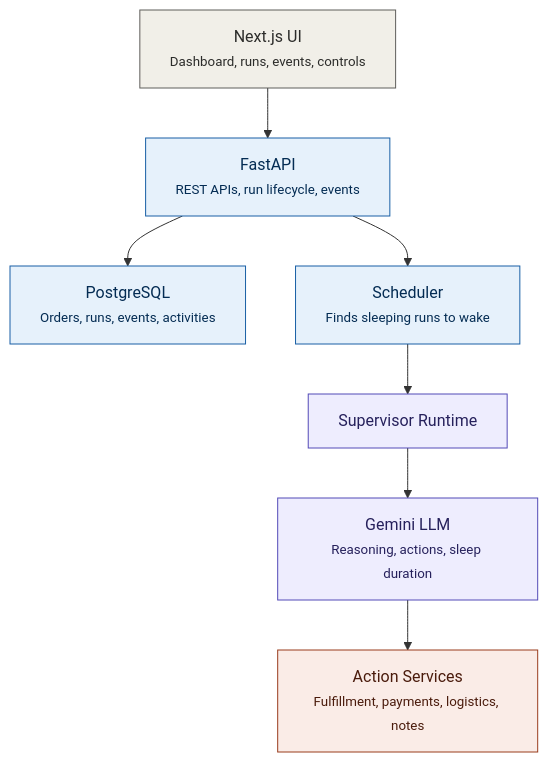
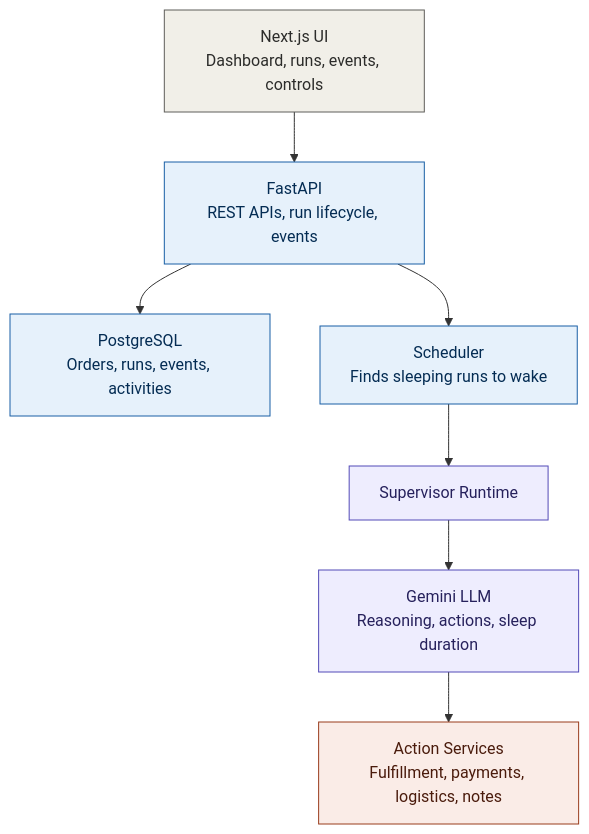
The diagram in README.md (anand3110/order-supervisor), drawn with Mermaid before and after one commit. The commit also changed other lines of this file, not shown here.

````diff
--- a/README.md
+++ b/README.md
@@ -13,27 +11,27 @@
 ```mermaid
 flowchart TD
-    UI["Next.js UI<br/><small>Dashboard, runs, events, controls</small>"]
-    API["FastAPI<br/><small>REST APIs, run lifecycle, events</small>"]
-    DB["PostgreSQL<br/><small>Orders, runs, events, activities</small>"]
-    SCHED["Scheduler<br/><small>Finds sleeping runs to wake</small>"]
+    UI["Next.js UI<br/>Dashboard, runs, events, controls"]
+    API["FastAPI<br/>REST APIs, run lifecycle, events"]
+    DB["PostgreSQL<br/>Orders, runs, events, activities"]
+    SCHED["Scheduler<br/>Finds sleeping runs to wake"]
     SUP["Supervisor Runtime"]
-    LLM["Gemini LLM<br/><small>Reasoning, actions, sleep duration</small>"]
-    ACT["Action Services<br/><small>Fulfillment, payments, logistics, notes</small>"]
+    LLM["Gemini LLM<br/>Reasoning, actions, sleep duration"]
+    ACT["Action Services<br/>Fulfillment, payments, logistics, notes"]
 
     UI --> API
     API --> DB
     API --> SCHED
     SCHED --> SUP
     SUP --> LLM
     LLM --> ACT
 
     classDef ui fill:#F1EFE8,stroke:#5F5E5A,color:#2C2C2A;
     classDef backend fill:#E6F1FB,stroke:#185FA5,color:#042C53;
     classDef ai fill:#EEEDFE,stroke:#534AB7,color:#26215C;
     classDef action fill:#FAECE7,stroke:#993C1D,color:#4A1B0C;
 
     class UI ui
     class API,DB,SCHED backend
     class SUP,LLM ai
     class ACT action
 ```
````
